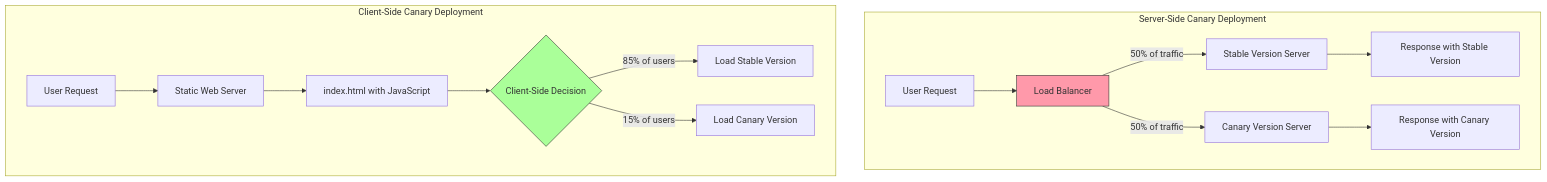
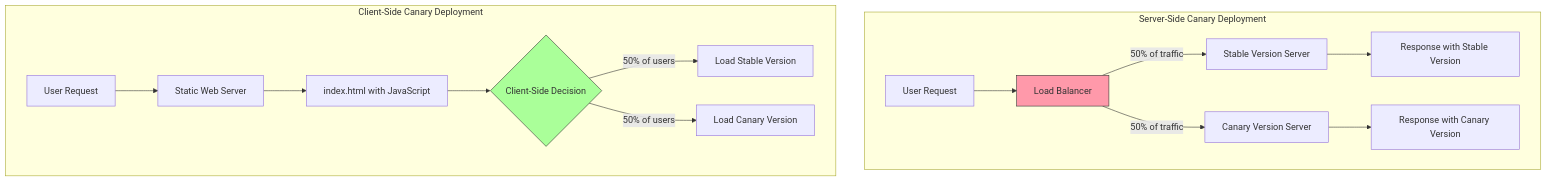
The second of 2 diagrams in README.md (lloydchang/client-side-canary-deployment), drawn with Mermaid before and after one commit.

````diff
--- a/README.md
+++ b/README.md
@@ -41,21 +41,21 @@
  ```mermaid
  graph TD
      subgraph "Server-Side Canary Deployment"
          A[User Request] --> B[Load Balancer]
          B -->|50% of traffic| C[Stable Version Server]
          B -->|50% of traffic| D[Canary Version Server]
          C --> E[Response with Stable Version]
          D --> F[Response with Canary Version]
      end
      
      subgraph "Client-Side Canary Deployment"
          G[User Request] --> H[Static Web Server]
          H --> I[index.html with JavaScript]
          I --> J{Client-Side Decision}
-         J -->|85% of users| K[Load Stable Version]
-         J -->|15% of users| L[Load Canary Version]
+         J -->|50% of users| K[Load Stable Version]
+         J -->|50% of users| L[Load Canary Version]
      end
      
      style B fill:#f9a,stroke:#333
      style J fill:#af9,stroke:#333
 ```
````
